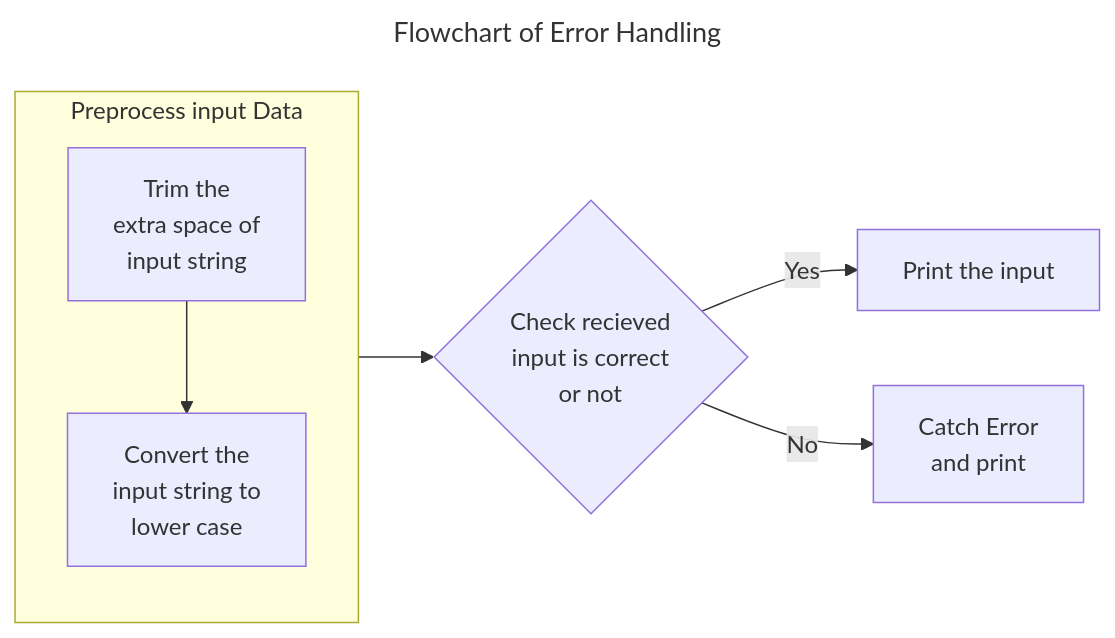
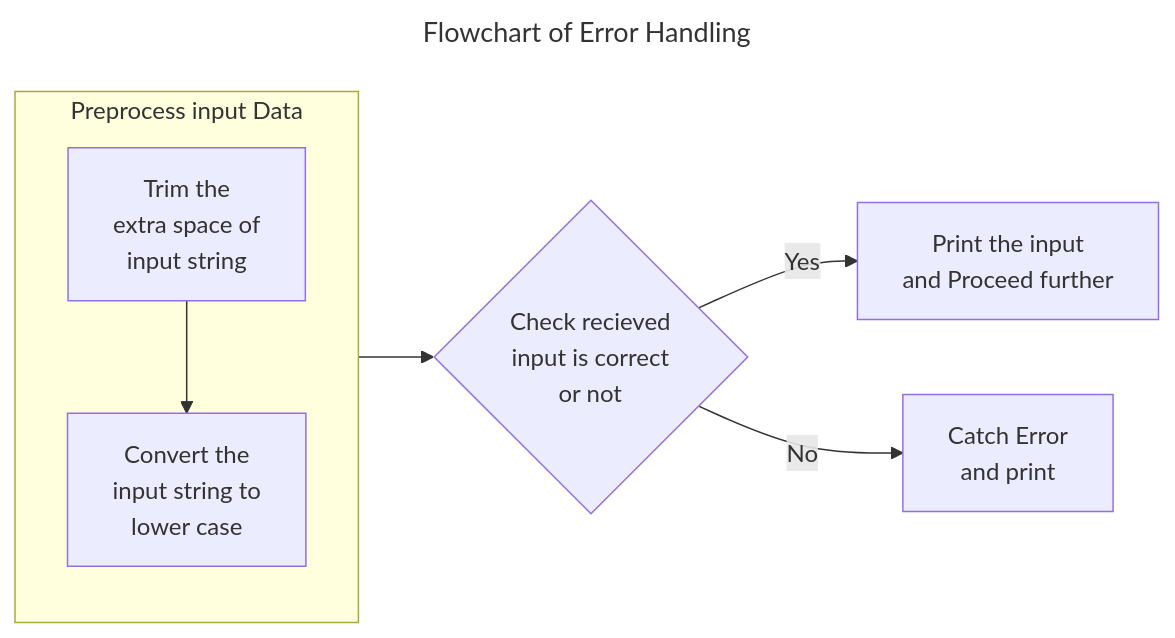
Before and after one commit to Kalpa-Ranjan/rust_guessing_game: the second of 2 diagrams in README.md, drawn with Mermaid. The commit also changed other lines of this file, not shown here.

````diff
--- a/README.md
+++ b/README.md
@@ -86,33 +86,34 @@
 ```mermaid
 ---
 title: Flowchart of Error Handling
 ---
 graph LR
     subgraph preprocess[Preprocess input Data]
     
     trim[Trim the 
     extra space of 
     input string]
 
     convert[Convert the 
     input string to 
     lower case]
 
     trim --> convert
     end
 
     checkinput{Check recieved 
     input is correct
     or not}
 
-    printinput[Print the input]
+    printinput[Print the input
+     and Proceed further]
 
     catcherror[Catch Error
     and print]
 
     preprocess --> checkinput
 
     checkinput -- Yes --> printinput
     checkinput -- No --> catcherror
 
 ```
````
